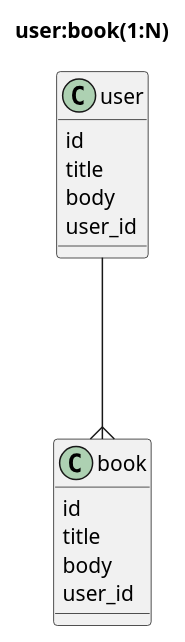
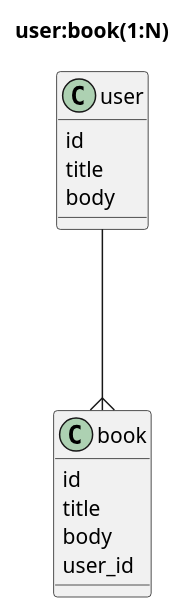
Before and after one commit to digitter/blogs: the diagram in article/Ruby_on_Rails/アソシエーション/user_and_book.pu, drawn with PlantUML. The commit also changed 7 other files, not shown here.

```diff
--- a/article/Ruby_on_Rails/アソシエーション/user_and_book.pu
+++ b/article/Ruby_on_Rails/アソシエーション/user_and_book.pu
@@ -1,20 +1,19 @@
 @startuml
  title user:book(1:N)
 
  user ---{ book
 
  class user {
    id
    title
    body
-   user_id
  }
 
  class book {
    id
    title
    body
    user_id
  }
 
 @enduml
```
